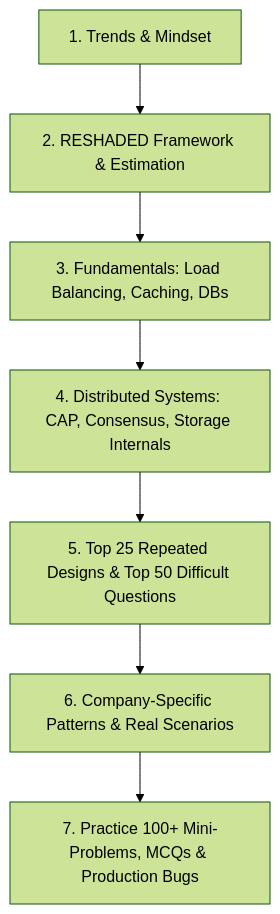
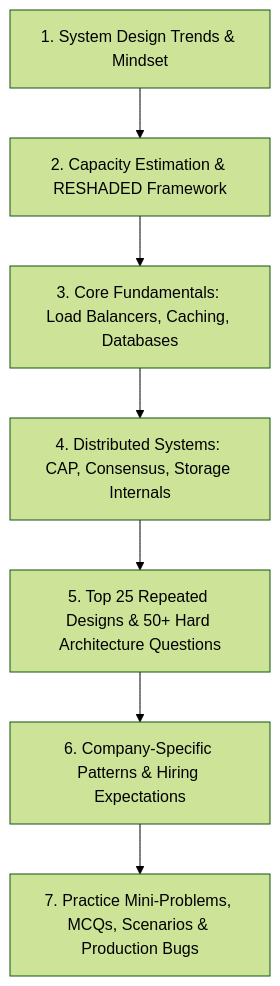
The diagram in System_Design/README.md (priyanshu-arya/Interview_Guide), drawn with Mermaid (forest theme) before and after one commit. The commit also changed other lines of this file and 14 other files, not shown here.

Commit message:
init: create comprehensive Machine Learning and System Design interview preparation guides

````diff
--- a/System_Design/README.md
+++ b/System_Design/README.md
@@ -37,9 +37,9 @@
 ```mermaid
 flowchart TD
-    A[1. Trends & Mindset] --> B[2. RESHADED Framework & Estimation]
-    B --> C[3. Fundamentals: Load Balancing, Caching, DBs]
+    A[1. System Design Trends & Mindset] --> B[2. Capacity Estimation & RESHADED Framework]
+    B --> C[3. Core Fundamentals: Load Balancers, Caching, Databases]
     C --> D[4. Distributed Systems: CAP, Consensus, Storage Internals]
-    D --> E[5. Top 25 Repeated Designs & Top 50 Difficult Questions]
-    E --> F[6. Company-Specific Patterns & Real Scenarios]
-    F --> G[7. Practice 100+ Mini-Problems, MCQs & Production Bugs]
+    D --> E[5. Top 25 Repeated Designs & 50+ Hard Architecture Questions]
+    E --> F[6. Company-Specific Patterns & Hiring Expectations]
+    F --> G[7. Practice Mini-Problems, MCQs, Scenarios & Production Bugs]
 ```
````
